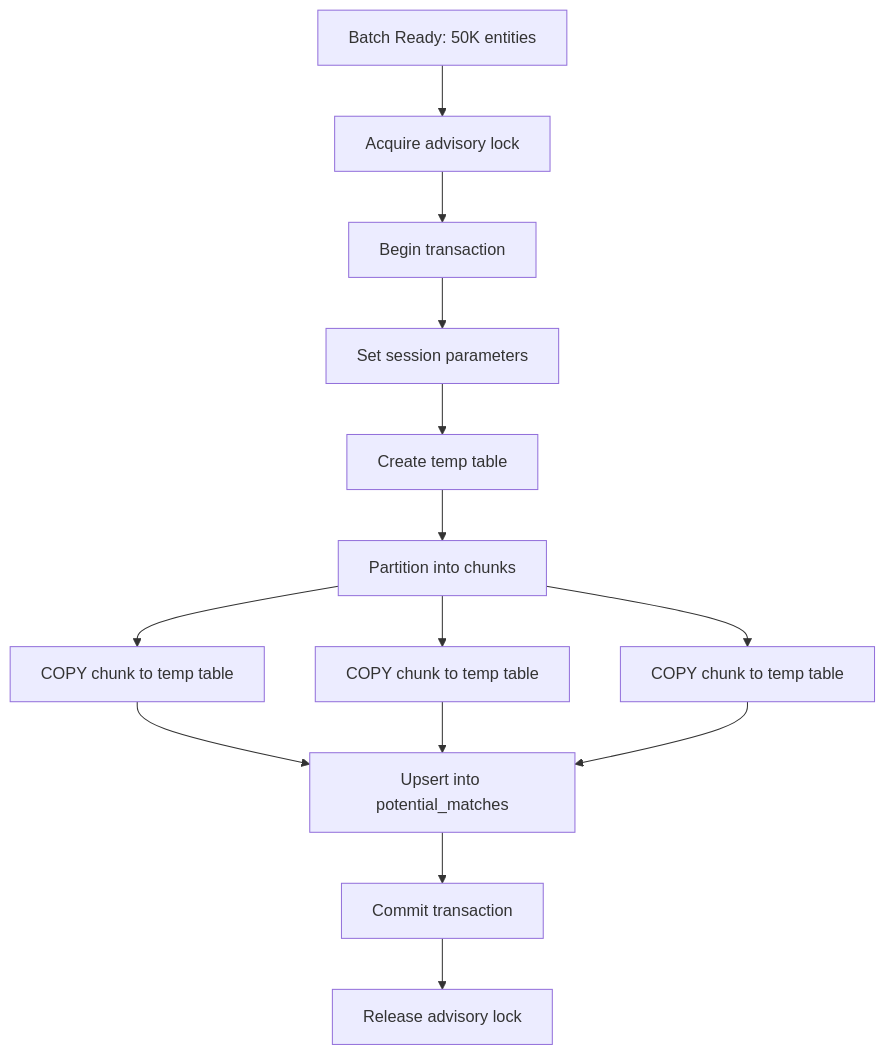
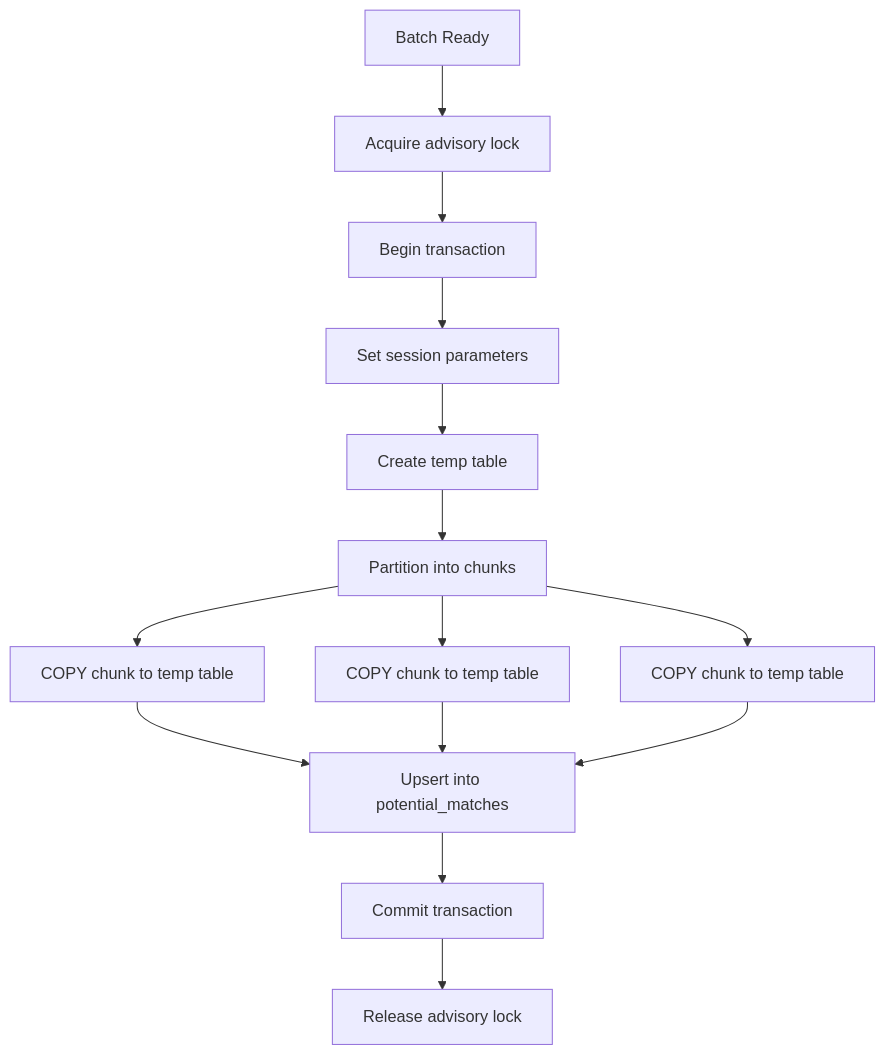
Diagram 20 of 25 in docs/Low Level Designs/ScheduledPotentialMatchesCreation.md (kagit00/schedule_x), drawn with Mermaid before and after one commit. The commit also changed other lines of this file and 7 other files, not shown here.

````diff
--- a/docs/Low Level Designs/ScheduledPotentialMatchesCreation.md
+++ b/docs/Low Level Designs/ScheduledPotentialMatchesCreation.md
@@ -1234,20 +858,16 @@
 ```mermaid
 flowchart TB
-    A[Batch Ready: 50K entities] --> B[Acquire advisory lock]
+    A[Batch Ready] --> B[Acquire advisory lock]
     B --> C[Begin transaction]
     C --> D[Set session parameters]
     D --> E[Create temp table]
-
     E --> F[Partition into chunks]
     F --> G1[COPY chunk to temp table]
     F --> G2[COPY chunk to temp table]
     F --> GN[COPY chunk to temp table]
-
     G1 --> H[Upsert into potential_matches]
     G2 --> H
     GN --> H
-
     H --> I[Commit transaction]
     I --> J[Release advisory lock]
-
 ```
````
